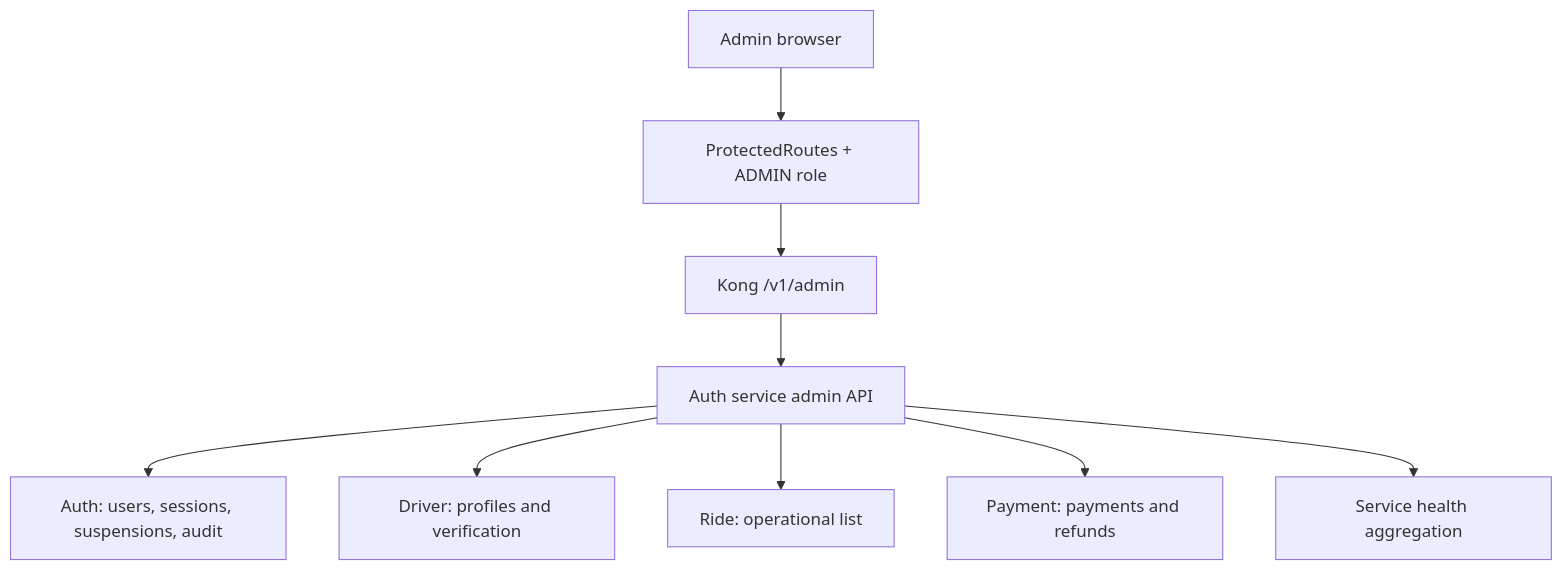
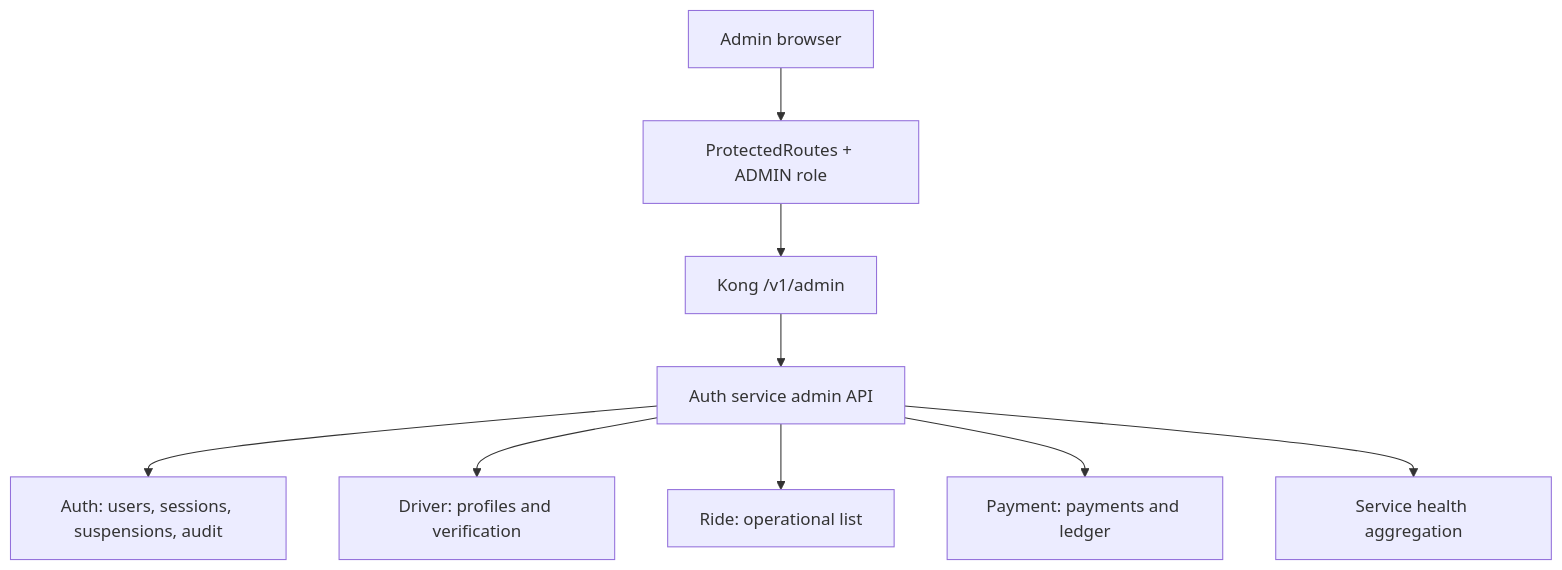
One commit to akshaygupta9874/urbanfleet-project changed the ninth of 10 diagrams in README.md. Above: the diagram before and after it, drawn with Mermaid. The commit also changed other lines of this file and 111 other files, not shown here.

````diff
--- a/README.md
+++ b/README.md
@@ -439,11 +439,11 @@
 ```mermaid
 flowchart TD
   AdminUser["Admin browser"] --> Guard["ProtectedRoutes + ADMIN role"]
   Guard --> AdminAPI["Kong /v1/admin"]
   AdminAPI --> AuthAdmin["Auth service admin API"]
   AuthAdmin --> Auth["Auth: users, sessions, suspensions, audit"]
   AuthAdmin --> Driver["Driver: profiles and verification"]
   AuthAdmin --> Ride["Ride: operational list"]
-  AuthAdmin --> Payment["Payment: payments and refunds"]
+  AuthAdmin --> Payment["Payment: payments and ledger"]
   AuthAdmin --> Health["Service health aggregation"]
 ```
````
